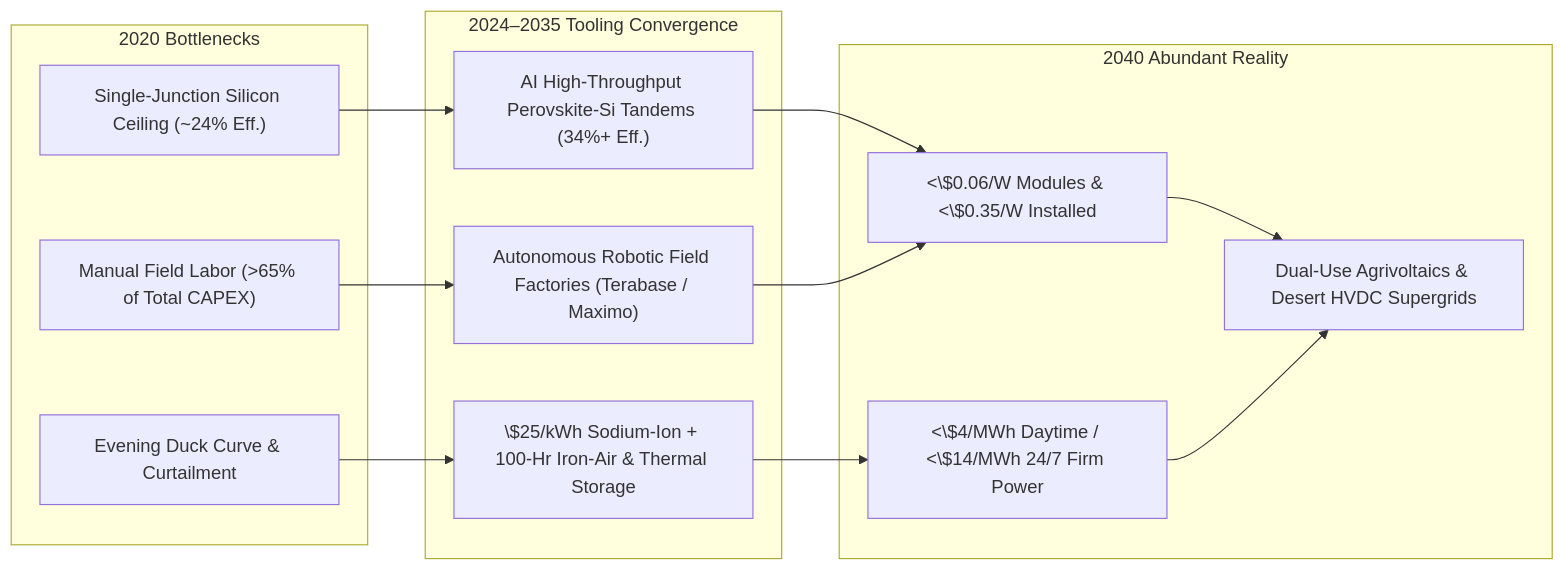
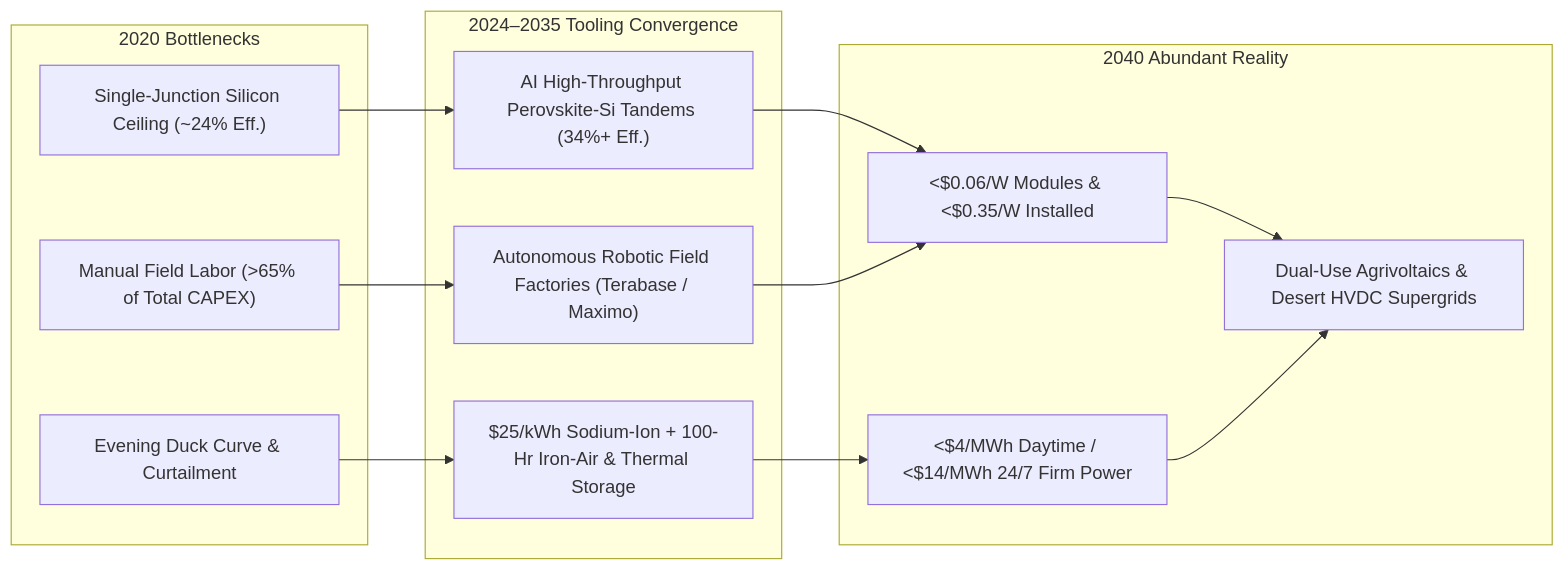
One commit to d-10-g/OneOfMany changed the first of 2 diagrams in vision-01-abundant-energy/01-terrestrial-solar/REPORT.md. Above: the diagram before and after it, drawn with Mermaid. The commit also changed other lines of this file and 23 other files, not shown here.

Commit message:
Fix Mermaid multi-subgraph blank-line parsing and KaTeX dollar escaping across all 85 pathways

````diff
--- a/vision-01-abundant-energy/01-terrestrial-solar/REPORT.md
+++ b/vision-01-abundant-energy/01-terrestrial-solar/REPORT.md
@@ -35,25 +35,25 @@
 ```mermaid
 flowchart LR
     subgraph Legacy["2020 Bottlenecks"]
         B1["Single-Junction Silicon Ceiling (~24% Eff.)"]
         B2["Manual Field Labor (>65% of Total CAPEX)"]
         B3["Evening Duck Curve & Curtailment"]
     end
 
     subgraph Convergence["2024–2035 Tooling Convergence"]
         C1["AI High-Throughput Perovskite-Si Tandems (34%+ Eff.)"]
         C2["Autonomous Robotic Field Factories (Terabase / Maximo)"]
-        C3["\$25/kWh Sodium-Ion + 100-Hr Iron-Air & Thermal Storage"]
+        C3["$25/kWh Sodium-Ion + 100-Hr Iron-Air & Thermal Storage"]
     end
 
     subgraph Outcome["2040 Abundant Reality"]
-        O1["<\$0.06/W Modules & <\$0.35/W Installed"]
-        O2["<\$4/MWh Daytime / <\$14/MWh 24/7 Firm Power"]
+        O1["<$0.06/W Modules & <$0.35/W Installed"]
+        O2["<$4/MWh Daytime / <$14/MWh 24/7 Firm Power"]
         O3["Dual-Use Agrivoltaics & Desert HVDC Supergrids"]
     end
 
     B1 --> C1 --> O1
     B2 --> C2 --> O1
     B3 --> C3 --> O2
     O1 & O2 --> O3
 ```
````
